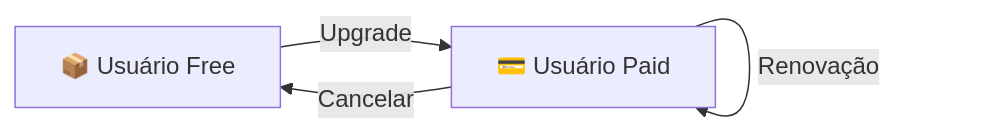
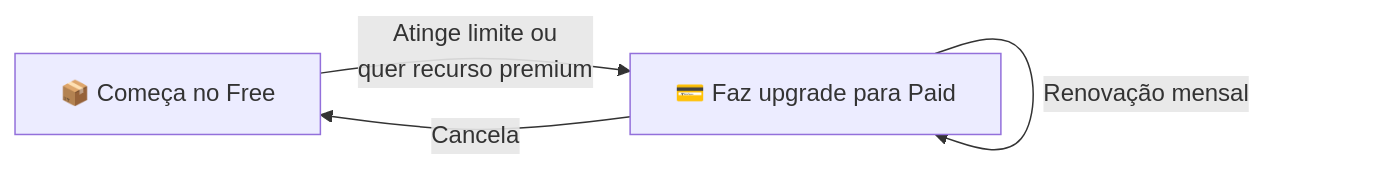
Before and after one commit to mycarpass/dh-platform-docs: the diagram in docs/features/subscription-plans/overview.md, drawn with Mermaid. The commit also changed other lines of this file and 13 other files, not shown here.

````diff
--- a/docs/features/subscription-plans/overview.md
+++ b/docs/features/subscription-plans/overview.md
@@ -54,6 +45,6 @@
 ```mermaid
 graph LR
-    A["📦 Usuário Free"] -->|Upgrade| B["💳 Usuário Paid"]
-    B -->|Renovação| B
-    B -->|Cancelar| A
+    A["📦 Começa no Free"] -->|Atinge limite ou<br/>quer recurso premium| B["💳 Faz upgrade para Paid"]
+    B -->|Renovação mensal| B
+    B -->|Cancela| A
 ```
````
